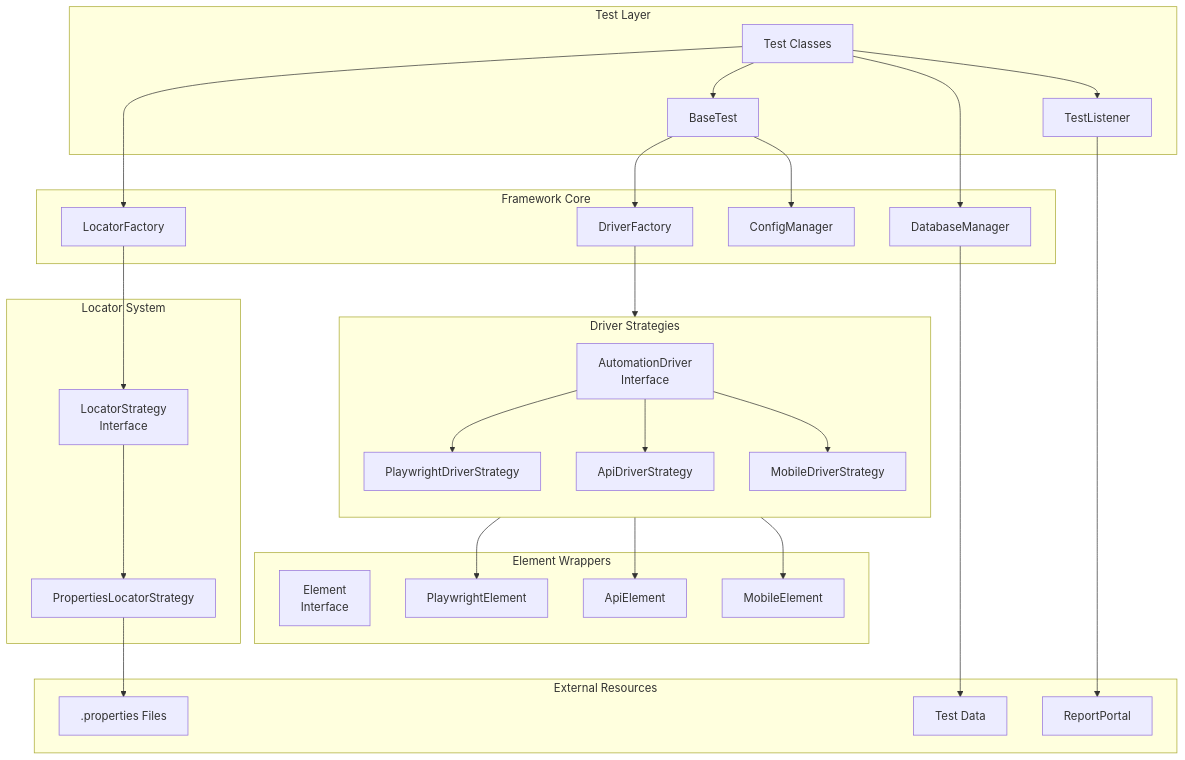
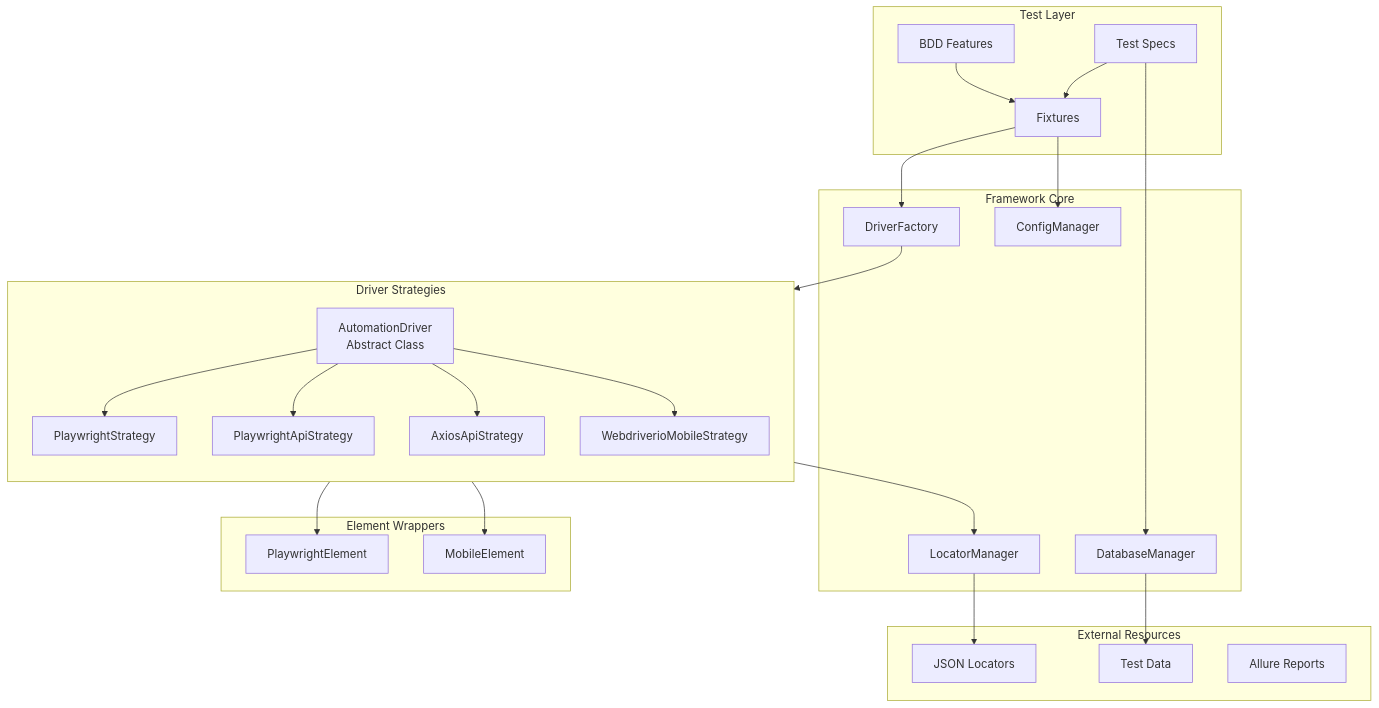
One commit to vinipx/taflex changed the first of 4 diagrams in documentation/docs/architecture/overview.md. Above: the diagram before and after it, drawn with Mermaid. The commit also changed other lines of this file and 69 other files, not shown here.

````diff
--- a/documentation/docs/architecture/overview.md
+++ b/documentation/docs/architecture/overview.md
@@ -23,65 +23,55 @@
 ```mermaid
 flowchart TB
     subgraph "Test Layer"
-        TC[Test Classes]
-        BT[BaseTest]
-        TL[TestListener]
+        TC[Test Specs]
+        BDD[BDD Features]
+        FIX[Fixtures]
     end
 
     subgraph "Framework Core"
         DF[DriverFactory]
-        LF[LocatorFactory]
+        LM[LocatorManager]
         CM[ConfigManager]
         DB[DatabaseManager]
     end
 
     subgraph "Driver Strategies"
         direction TB
-        ADS[AutomationDriver<br/>Interface]
-        PDS[PlaywrightDriverStrategy]
-        APIS[ApiDriverStrategy]
-        MDS[MobileDriverStrategy]
+        ADS[AutomationDriver<br/>Abstract Class]
+        PDS[PlaywrightStrategy]
+        APIS[PlaywrightApiStrategy]
+        AXS[AxiosApiStrategy]
+        MDS[WebdriverioMobileStrategy]
     end
 
     subgraph "Element Wrappers"
-        E[Element<br/>Interface]
         PE[PlaywrightElement]
-        AE[ApiElement]
         ME[MobileElement]
     end
 
-    subgraph "Locator System"
-        LS[LocatorStrategy<br/>Interface]
-        PLS[PropertiesLocatorStrategy]
+    subgraph "External Resources"
+        JSON[JSON Locators]
+        DATA[Test Data]
+        ALR[Allure Reports]
     end
 
-    subgraph "External Resources"
-        PROP[.properties Files]
-        DATA[Test Data]
-        RP[ReportPortal]
-    end
-
-    TC --> BT
-    BT --> DF
-    BT --> CM
-    TC --> TL
+    TC --> FIX
+    BDD --> FIX
+    FIX --> DF
+    FIX --> CM
 
     DF --> ADS
     ADS --> PDS
     ADS --> APIS
+    ADS --> AXS
     ADS --> MDS
 
     PDS --> PE
-    APIS --> AE
     MDS --> ME
 
-    TC --> LF
-    LF --> LS
-    LS --> PLS
-    PLS --> PROP
+    ADS --> LM
+    LM --> JSON
 
     TC --> DB
     DB --> DATA
-
-    TL --> RP
 ```
````
